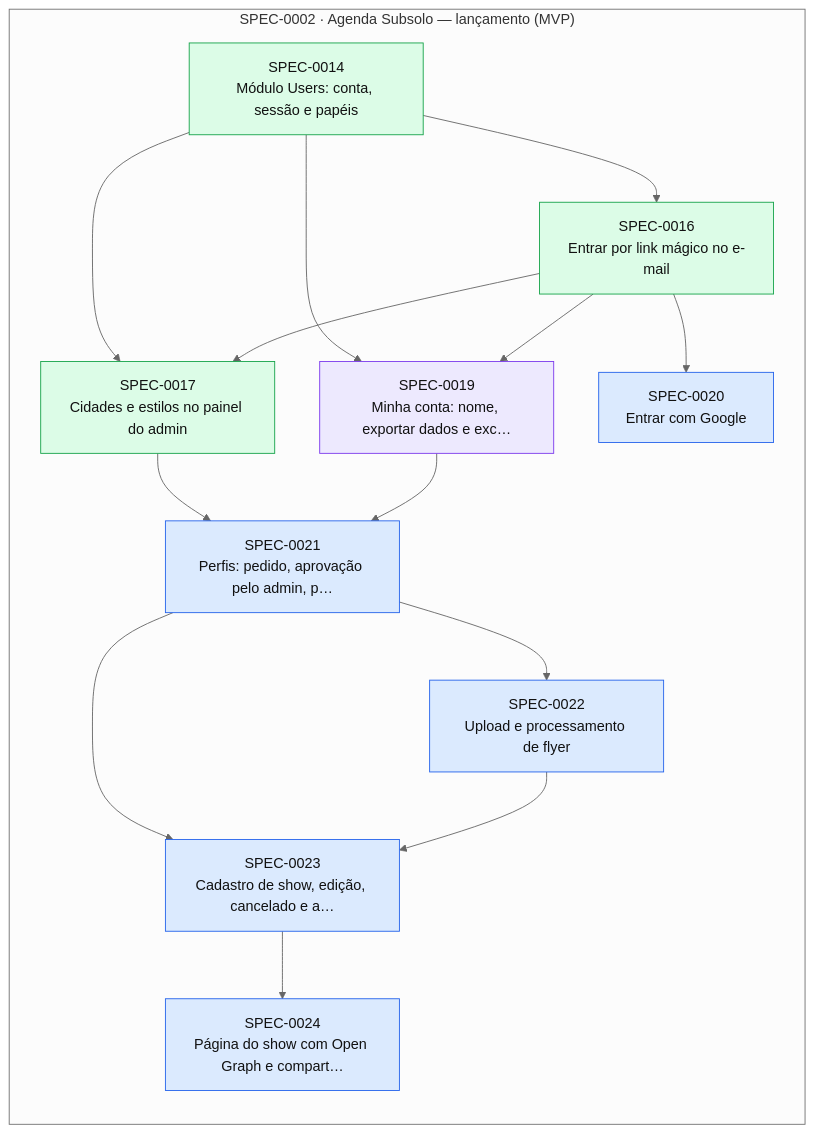
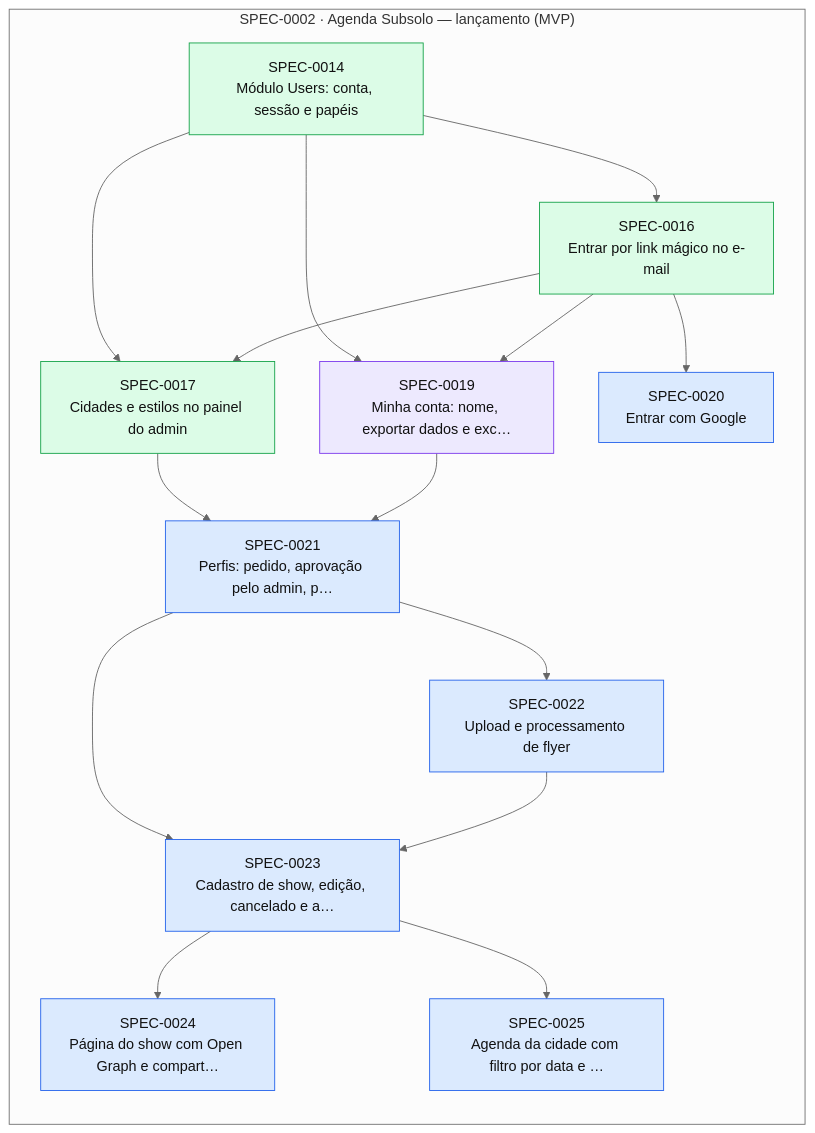
The diagram in docs/specs/INDEX.md (thomasravache/subsolo), drawn with Mermaid (neutral theme) before and after one commit. The commit also changed other lines of this file and 2 other files, not shown here.

First line of the commit message:
docs(sdd): add, approve and plan SPEC-0025 (agenda filters) under the standing autopilot

````diff
--- a/docs/specs/INDEX.md
+++ b/docs/specs/INDEX.md
@@ -70,31 +71,33 @@
 ```mermaid
 flowchart LR
   subgraph E0002["SPEC-0002 · Agenda Subsolo — lançamento (MVP)"]
     S0014["SPEC-0014<br/>Módulo Users: conta, sessão e papéis"]:::implemented
     S0016["SPEC-0016<br/>Entrar por link mágico no e-mail"]:::implemented
     S0017["SPEC-0017<br/>Cidades e estilos no painel do admin"]:::implemented
     S0019["SPEC-0019<br/>Minha conta: nome, exportar dados e exc…"]:::inprogress
     S0020["SPEC-0020<br/>Entrar com Google"]:::approved
     S0021["SPEC-0021<br/>Perfis: pedido, aprovação pelo admin, p…"]:::approved
     S0022["SPEC-0022<br/>Upload e processamento de flyer"]:::approved
     S0023["SPEC-0023<br/>Cadastro de show, edição, cancelado e a…"]:::approved
     S0024["SPEC-0024<br/>Página do show com Open Graph e compart…"]:::approved
+    S0025["SPEC-0025<br/>Agenda da cidade com filtro por data e …"]:::approved
   end
   S0014 --> S0016
   S0014 --> S0017
   S0016 --> S0017
   S0014 --> S0019
   S0016 --> S0019
   S0016 --> S0020
   S0017 --> S0021
   S0019 --> S0021
   S0021 --> S0022
   S0021 --> S0023
   S0022 --> S0023
   S0023 --> S0024
+  S0023 --> S0025
   classDef proposed fill:#fef3c7,stroke:#d97706,color:#111
   classDef approved fill:#dbeafe,stroke:#2563eb,color:#111
   classDef inprogress fill:#ede9fe,stroke:#7c3aed,color:#111
   classDef implemented fill:#dcfce7,stroke:#16a34a,color:#111
   classDef deprecated fill:#f3f4f6,stroke:#9ca3af,color:#6b7280
 ```
````
